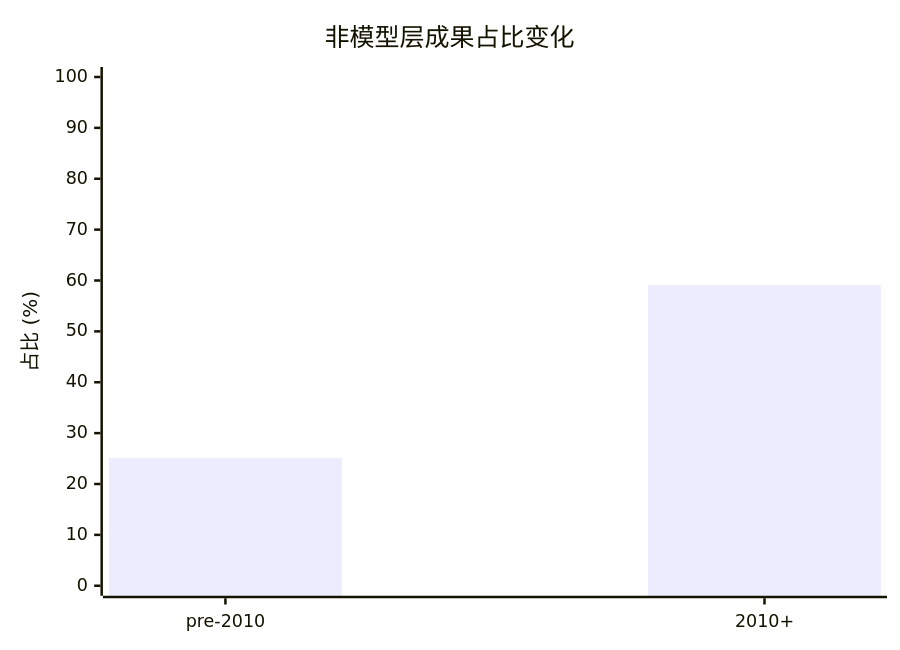
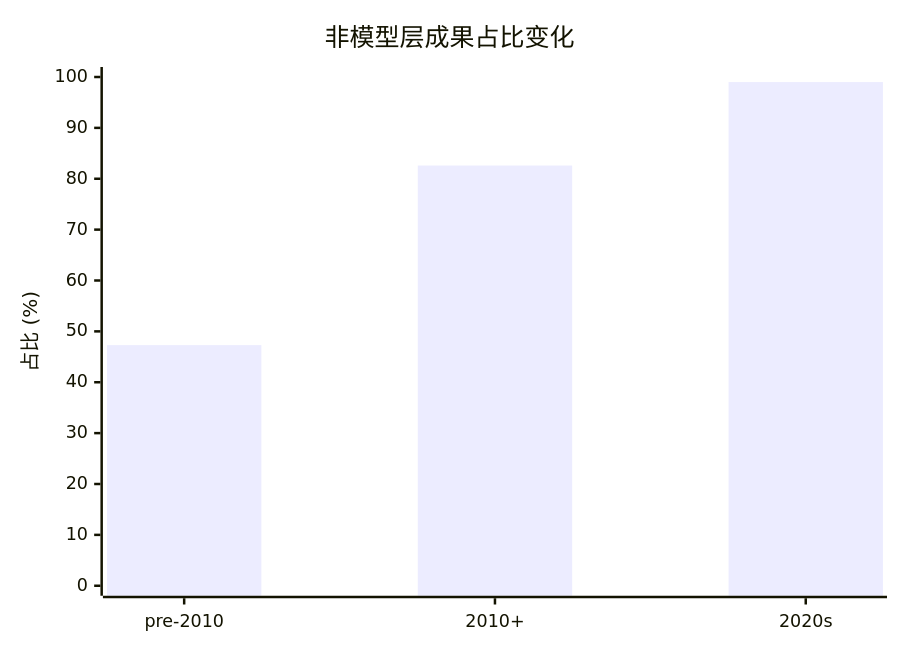
Before and after one commit to HansBug/research_ideas: the tenth of 15 diagrams in project_1_llm_state_machine_modeling/discussions/2026-04-06-02-10-04-AI-讨论-状态机主要类型详细综述-历史沿革与近年趋势.md, drawn with Mermaid. The commit also changed other lines of this file, not shown here.

````diff
--- a/project_1_llm_state_machine_modeling/discussions/2026-04-06-02-10-04-AI-讨论-状态机主要类型详细综述-历史沿革与近年趋势.md
+++ b/project_1_llm_state_machine_modeling/discussions/2026-04-06-02-10-04-AI-讨论-状态机主要类型详细综述-历史沿革与近年趋势.md
@@ -899,7 +897,7 @@
 ```mermaid
 xychart-beta
     title "非模型层成果占比变化"
-    x-axis ["pre-2010", "2010+"]
+    x-axis ["pre-2010", "2010+", "2020s"]
     y-axis "占比 (%)" 0 --> 100
-    bar [25.1, 59.1]
+    bar [47.3, 82.6, 99.0]
 ```
````
